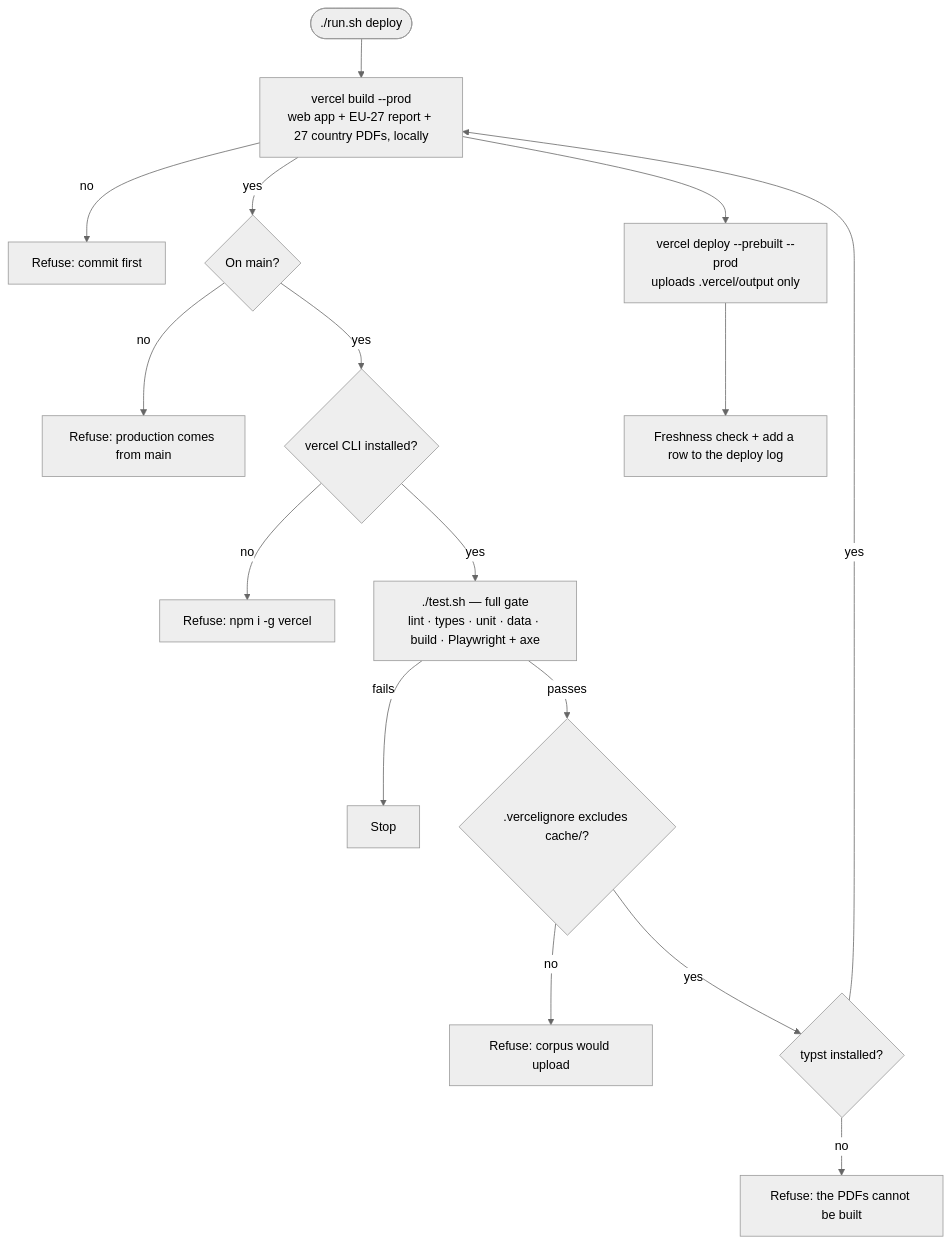
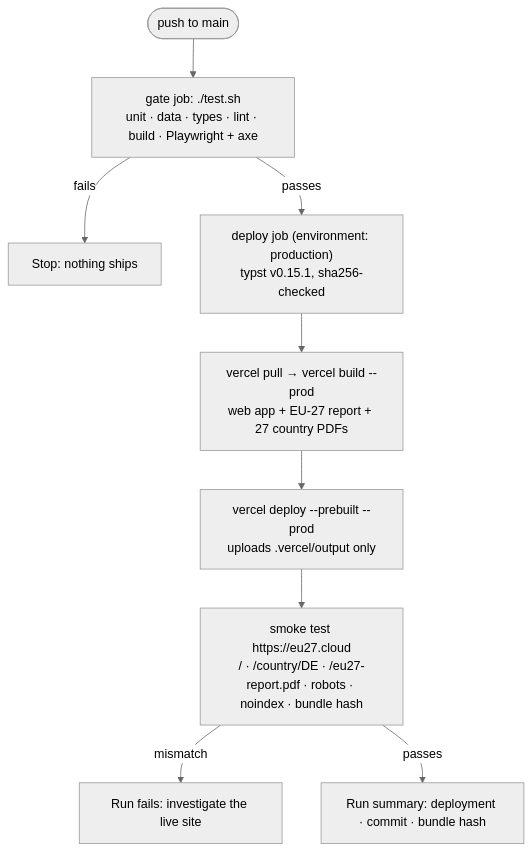
The diagram in DEPLOYMENT.md (EU27-data-sovereignty/eu27-data-sovereignty), drawn with Mermaid (neutral theme) before and after one commit. The commit also changed other lines of this file and 10 other files, not shown here.

First line of the commit message:
Deploy from GitHub Actions on push to main, and attach eu27.cloud with noindex

````diff
--- a/DEPLOYMENT.md
+++ b/DEPLOYMENT.md
@@ -46,18 +44,11 @@
 ```mermaid
 flowchart TD
-    A([./run.sh deploy]) --> B{Working tree clean?}
-    B -- no --> X1[Refuse: commit first]
-    B -- yes --> C{On main?}
-    C -- no --> X2[Refuse: production comes from main]
-    C -- yes --> D{vercel CLI installed?}
-    D -- no --> X3[Refuse: npm i -g vercel]
-    D -- yes --> E["./test.sh — full gate<br/>lint · types · unit · data · build · Playwright + axe"]
-    E -- fails --> X4[Stop]
-    E -- passes --> F{".vercelignore excludes cache/?"}
-    F -- no --> X5[Refuse: corpus would upload]
-    F -- yes --> T{"typst installed?"}
-    T -- no --> X6[Refuse: the PDFs cannot be built]
-    T -- yes --> B["vercel build --prod<br/>web app + EU-27 report + 27 country PDFs, locally"]
-    B --> G["vercel deploy --prebuilt --prod<br/>uploads .vercel/output only"]
-    G --> H[Freshness check + add a row to the deploy log]
+    P([push to main]) --> G["gate job: ./test.sh<br/>unit · data · types · lint · build · Playwright + axe"]
+    G -- fails --> X1[Stop: nothing ships]
+    G -- passes --> T["deploy job (environment: production)<br/>typst v0.15.1, sha256-checked"]
+    T --> B["vercel pull → vercel build --prod<br/>web app + EU-27 report + 27 country PDFs"]
+    B --> D["vercel deploy --prebuilt --prod<br/>uploads .vercel/output only"]
+    D --> S["smoke test https://eu27.cloud<br/>/ · /country/DE · /eu27-report.pdf · robots · noindex · bundle hash"]
+    S -- mismatch --> X2[Run fails: investigate the live site]
+    S -- passes --> L[Run summary: deployment · commit · bundle hash]
 ```
````
